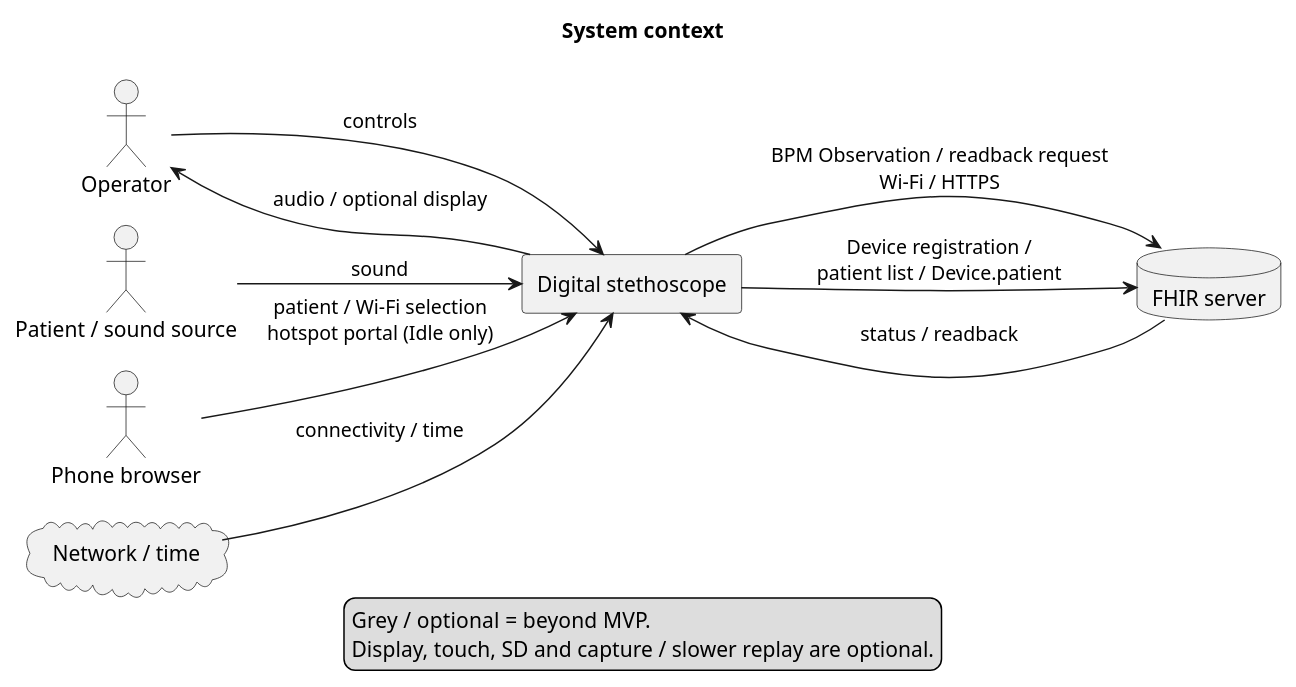
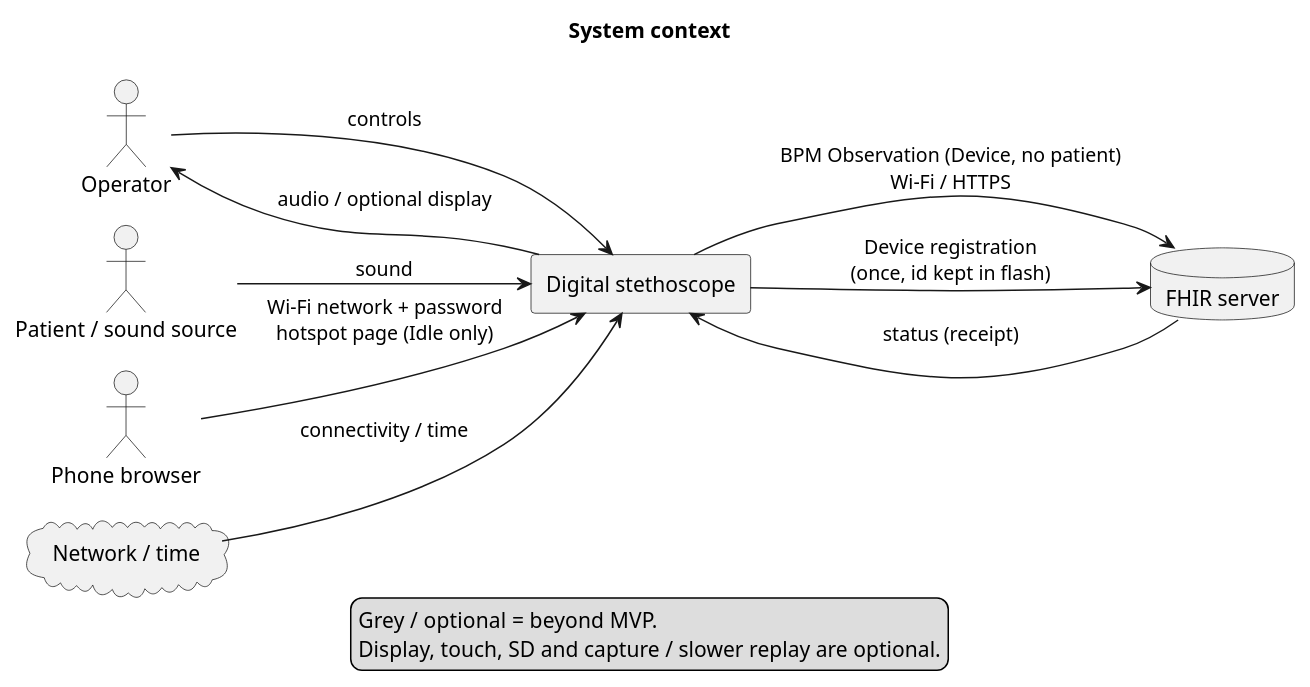
The diagram in Development/system/architecture/system-context.puml (DemonicPsychoII/DigitalStethoscope), drawn with PlantUML before and after one commit. The commit also changed 33 other files, not shown here.

```diff
--- a/Development/system/architecture/system-context.puml
+++ b/Development/system/architecture/system-context.puml
@@ -1,36 +1,36 @@
 @startuml system_context
 !pragma layout smetana
 skinparam shadowing false
 skinparam component {
  BackgroundColor<<optional>> #EEEEEE
  BorderColor<<optional>> #888888
  FontColor<<optional>> #666666
 }
 skinparam artifact {
  BackgroundColor<<optional>> #EEEEEE
  BorderColor<<optional>> #888888
  FontColor<<optional>> #666666
 }
 skinparam componentStyle rectangle
 skinparam defaultFontName SansSerif
 title System context
 left to right direction
 actor "Operator" as operator
 actor "Patient / sound source" as source
 actor "Phone browser" as phone
 rectangle "Digital stethoscope" as device
 database "FHIR server" as fhir
 cloud "Network / time" as net
 source --> device : sound
 operator --> device : controls
 device --> operator : audio / optional display
-device --> fhir : BPM Observation / readback request\nWi-Fi / HTTPS
-fhir --> device : status / readback
+device --> fhir : BPM Observation (Device, no patient)\nWi-Fi / HTTPS
+fhir --> device : status (receipt)
 net --> device : connectivity / time
-phone --> device : patient / Wi-Fi selection\nhotspot portal (Idle only)
-device --> fhir : Device registration /\npatient list / Device.patient
+phone --> device : Wi-Fi network + password\nhotspot page (Idle only)
+device --> fhir : Device registration\n(once, id kept in flash)
 legend bottom
   Grey / optional = beyond MVP.
   Display, touch, SD and capture / slower replay are optional.
 endlegend
 @enduml
```
